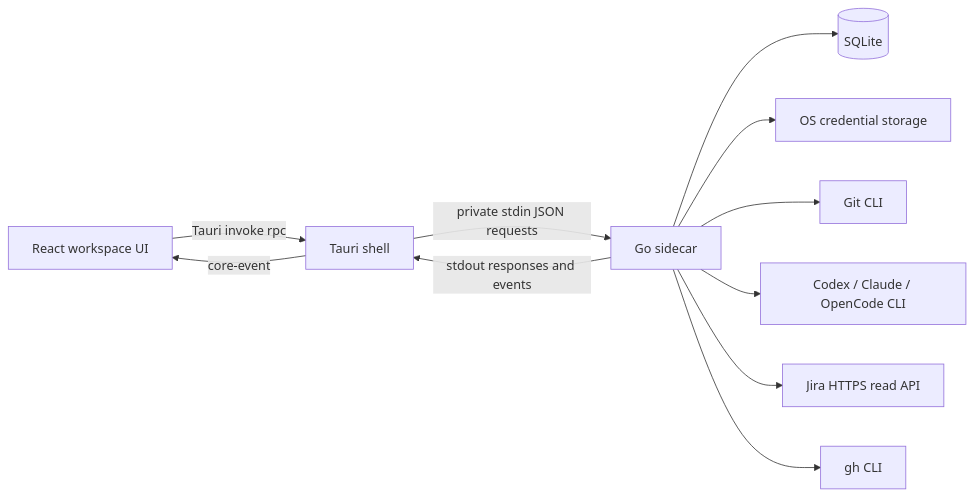
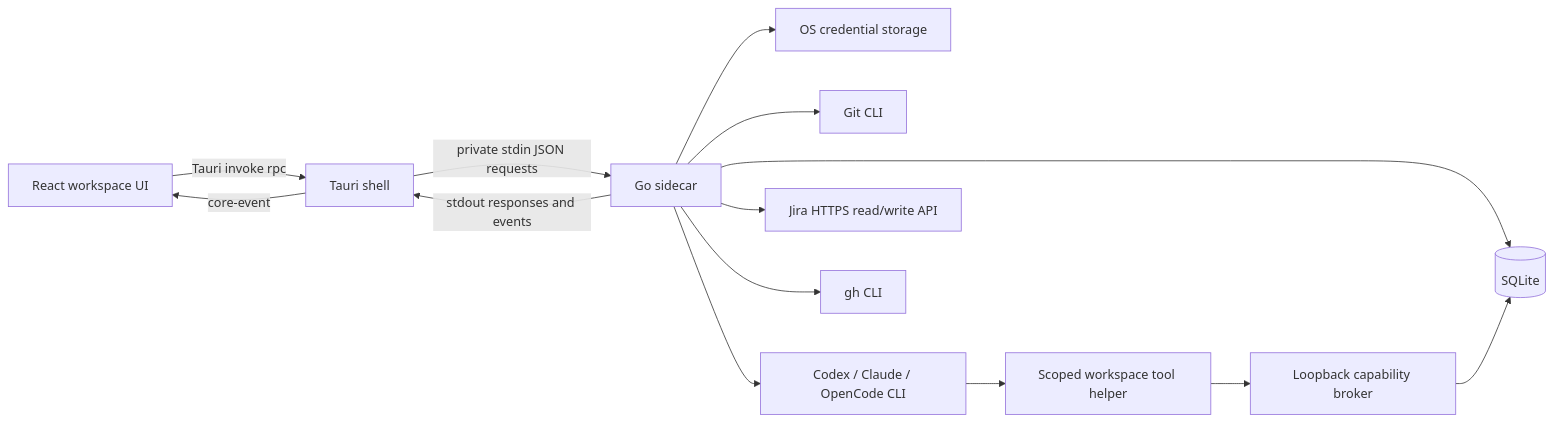
Before and after one commit to glanderson42/commitdeck: the diagram in docs/architecture.md, drawn with Mermaid. The commit also changed other lines of this file and 137 other files, not shown here.

````diff
--- a/docs/architecture.md
+++ b/docs/architecture.md
@@ -5,13 +5,16 @@
 ```mermaid
 flowchart LR
   React[React workspace UI] -->|Tauri invoke rpc| Rust[Tauri shell]
   Rust -->|private stdin JSON requests| Go[Go sidecar]
   Go -->|stdout responses and events| Rust
   Rust -->|core-event| React
   Go --> SQLite[(SQLite)]
   Go --> Keychain[OS credential storage]
   Go --> Git[Git CLI]
   Go --> Agents[Codex / Claude / OpenCode CLI]
-  Go --> Jira[Jira HTTPS read API]
+  Go --> Jira[Jira HTTPS read/write API]
+  Agents --> Helper[Scoped workspace tool helper]
+  Helper --> Broker[Loopback capability broker]
+  Broker --> SQLite
   Go --> GH[gh CLI]
 ```
````
